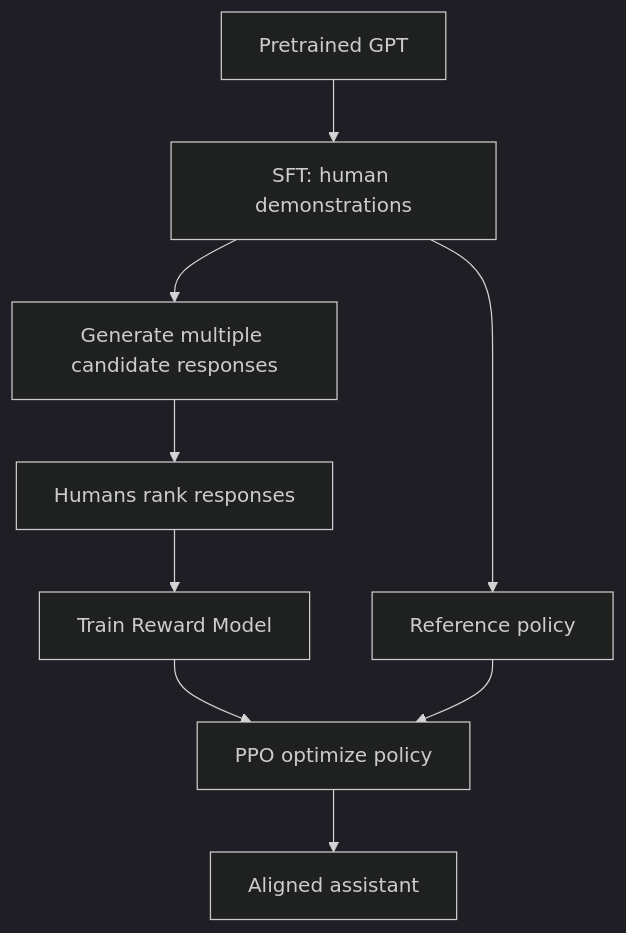
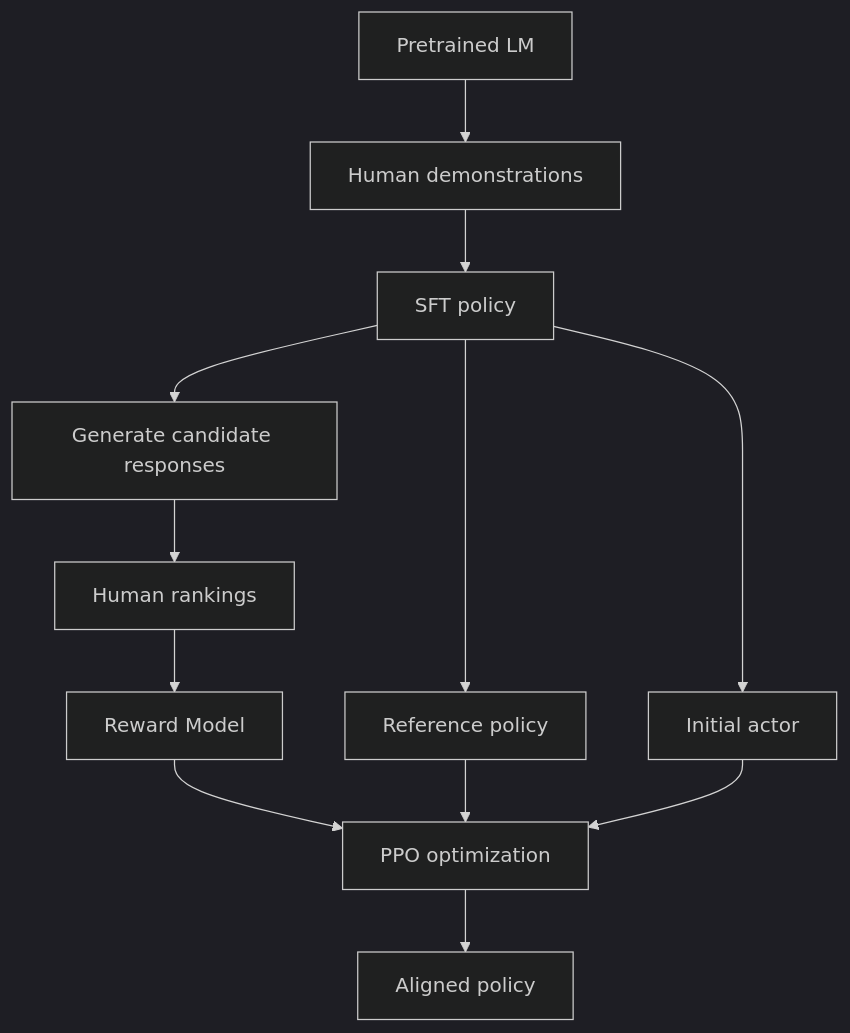
One commit to Yukun-Zheng/LLM-development changed the second of 6 diagrams in 教材-book/03-对齐与ChatGPT-alignment-chatgpt.md. Above: the diagram before and after it, drawn with Mermaid (dark theme). The commit also changed other lines of this file, not shown here.

Commit message:
Expand alignment chapter with implementation-level RLHF, PPO, DPO and RLVR

````diff
--- a/教材-book/03-对齐与ChatGPT-alignment-chatgpt.md
+++ b/教材-book/03-对齐与ChatGPT-alignment-chatgpt.md
@@ -140,11 +300,14 @@
 ```mermaid
 flowchart TD
-    P[Pretrained GPT] --> S[SFT: human demonstrations]
-    S --> M[Generate multiple candidate responses]
-    M --> H[Humans rank responses]
-    H --> R[Train Reward Model]
-    R --> PPO[PPO optimize policy]
+    P[Pretrained LM] --> SFTD[Human demonstrations]
+    SFTD --> S[SFT policy]
+    S --> G[Generate candidate responses]
+    G --> H[Human rankings]
+    H --> RM[Reward Model]
     S --> REF[Reference policy]
-    REF --> PPO
-    PPO --> A[Aligned assistant]
+    S --> ACT[Initial actor]
+    RM --> RL[PPO optimization]
+    REF --> RL
+    ACT --> RL
+    RL --> A[Aligned policy]
 ```
````
